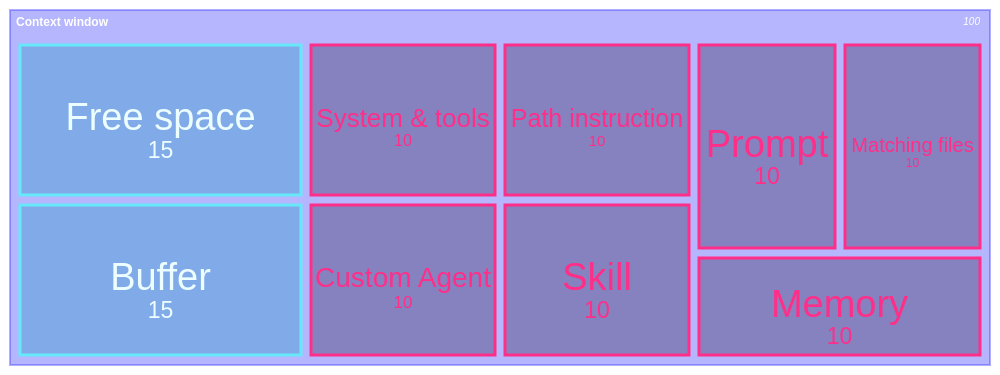
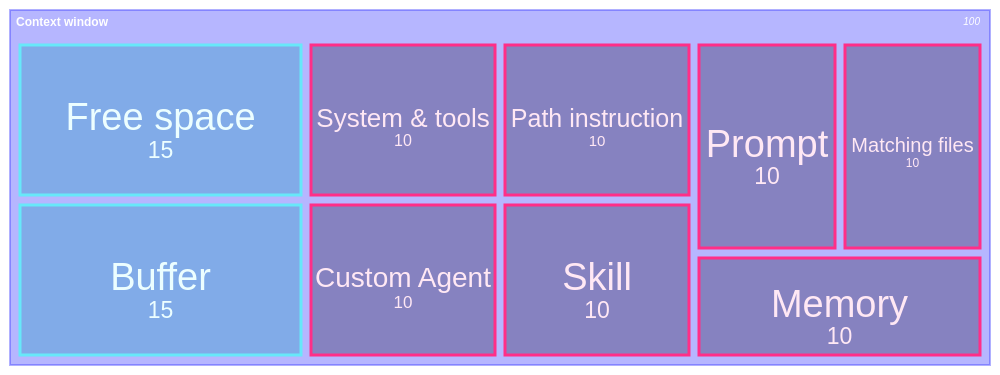
Before and after one commit to theomonfort/theomonfort: the fourth of 5 diagrams in src/content/glossary/context-engineering.md, drawn with Mermaid. The commit also changed other lines of this file, not shown here.

````diff
--- a/src/content/glossary/context-engineering.md
+++ b/src/content/glossary/context-engineering.md
@@ -90,15 +90,15 @@
 ```mermaid
 treemap-beta
 "Context window"
   "System & tools": 10:::used
   "Custom Agent": 10:::used
   "Path instruction": 10:::used
   "Skill": 10:::used
   "Prompt": 10:::used
   "Matching files": 10:::used
   "Memory": 10:::used
   "Free space": 15:::free
   "Buffer": 15:::free
-classDef used fill:#1a0a2e,stroke:#ff2e88,color:#ff2e88
+classDef used fill:#1a0a2e,stroke:#ff2e88,color:#ffe8f4
 classDef free fill:#0891b2,stroke:#67e8f9,color:#ecfeff
 ```
````
